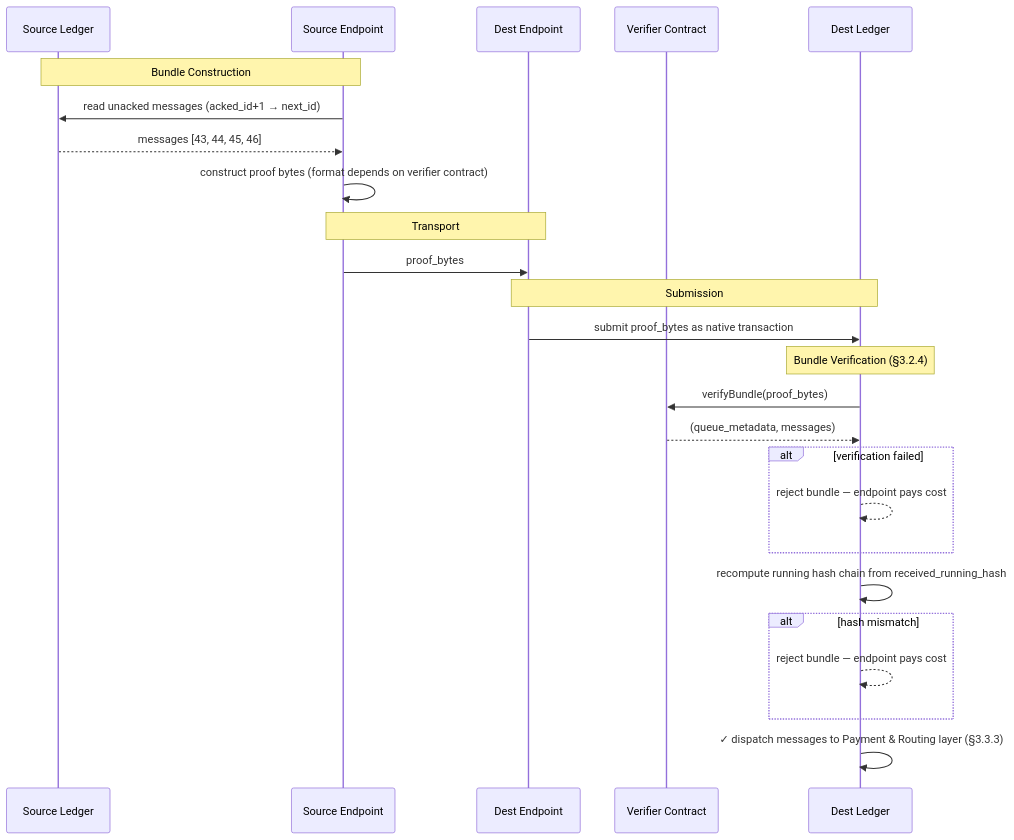
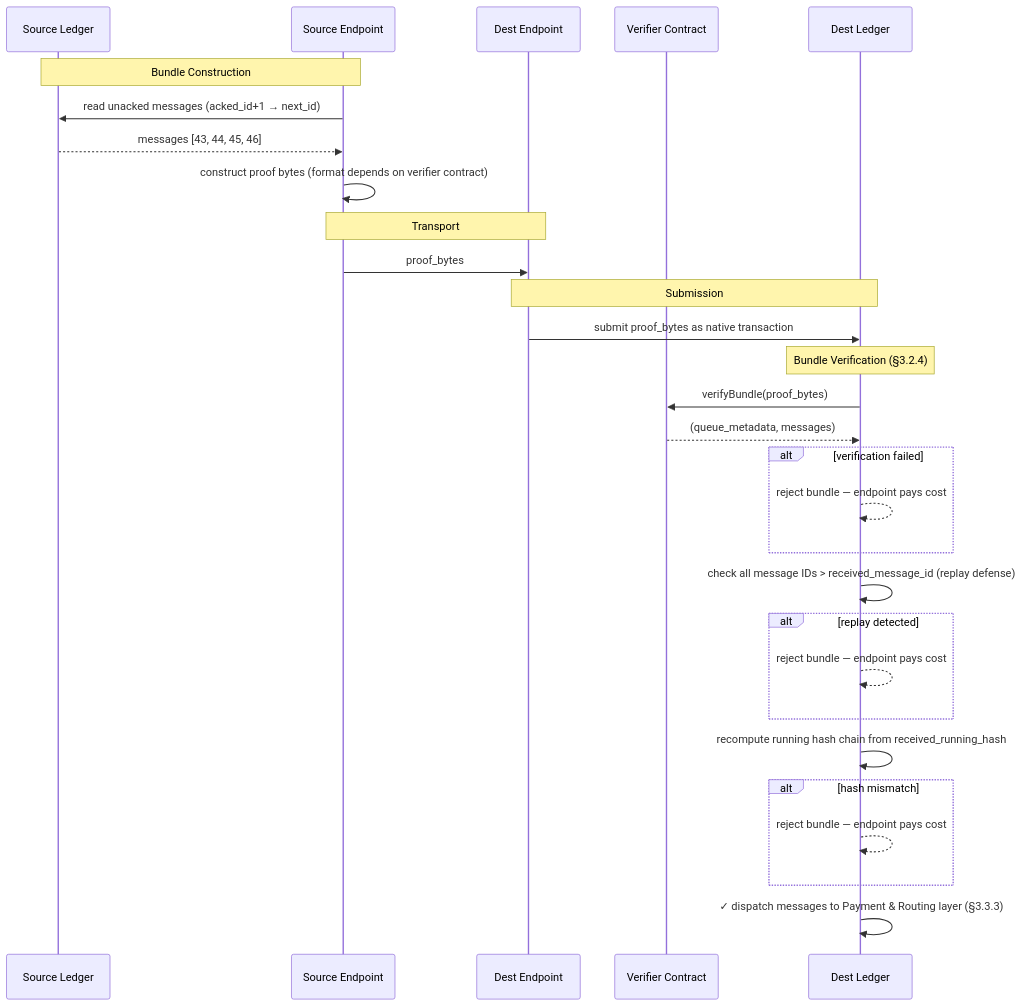
One commit to hiero-ledger/hiero-consensus-node changed the fourth of 5 diagrams in hedera-node/docs/design/services/clpr-service/clpr-service.md. Above: the diagram before and after it, drawn with Mermaid. The commit also changed other lines of this file, not shown here.

````diff
--- a/hedera-node/docs/design/services/clpr-service/clpr-service.md
+++ b/hedera-node/docs/design/services/clpr-service/clpr-service.md
@@ -699,31 +833,35 @@
 ```mermaid
 sequenceDiagram
     participant SRC as Source Ledger
     participant EP_S as Source Endpoint
     participant EP_D as Dest Endpoint
     participant VC as Verifier Contract
     participant DST as Dest Ledger
 
     Note over SRC,EP_S: Bundle Construction
     EP_S->>SRC: read unacked messages (acked_id+1 → next_id)
     SRC-->>EP_S: messages [43, 44, 45, 46]
     EP_S->>EP_S: construct proof bytes (format depends on verifier contract)
 
     Note over EP_S,EP_D: Transport
     EP_S->>EP_D: proof_bytes
 
     Note over EP_D,DST: Submission
     EP_D->>DST: submit proof_bytes as native transaction
 
     Note over DST: Bundle Verification (§3.2.4)
     DST->>VC: verifyBundle(proof_bytes)
     VC-->>DST: (queue_metadata, messages)
     alt verification failed
         DST-->>DST: reject bundle — endpoint pays cost
     end
+    DST->>DST: check all message IDs > received_message_id (replay defense)
+    alt replay detected
+        DST-->>DST: reject bundle — endpoint pays cost
+    end
     DST->>DST: recompute running hash chain from received_running_hash
     alt hash mismatch
         DST-->>DST: reject bundle — endpoint pays cost
     end
     DST->>DST: ✓ dispatch messages to Payment & Routing layer (§3.3.3)
 ```
````
